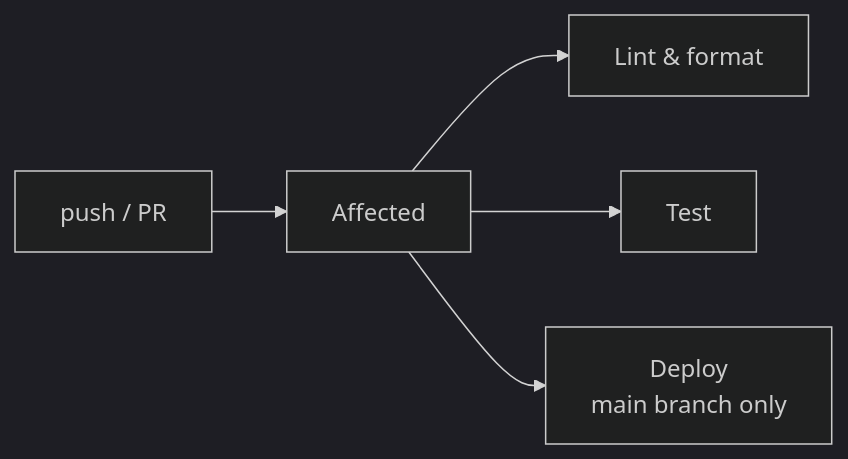
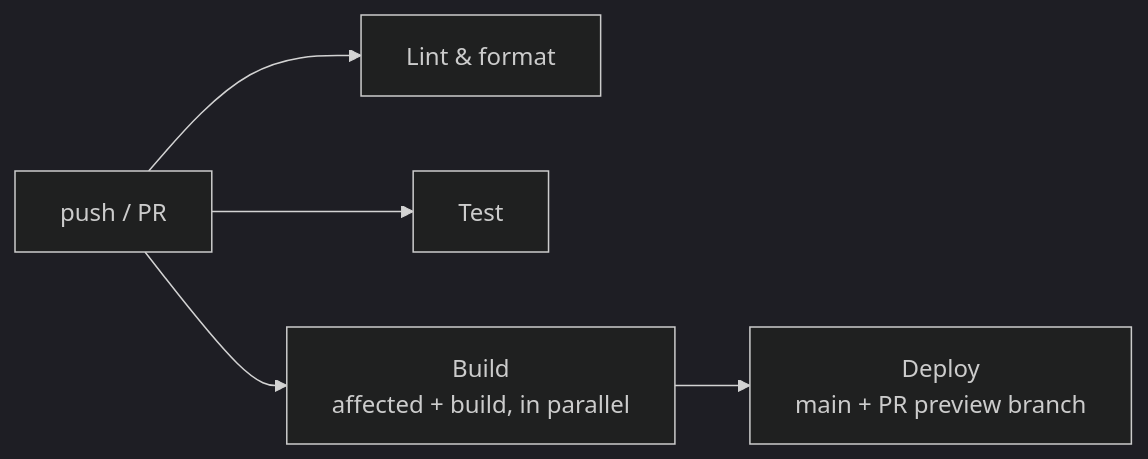
One commit to kbntx-org/nexus changed the second of 2 diagrams in docs/src/platform/ci-cd/01-overview.md. Above: the diagram before and after it, drawn with Mermaid. The commit also changed other lines of this file and 19 other files, not shown here.

````diff
--- a/docs/src/platform/ci-cd/01-overview.md
+++ b/docs/src/platform/ci-cd/01-overview.md
@@ -135,8 +137,8 @@
 ```mermaid
 %%{init: {'theme':'dark'}}%%
 graph LR
-    Push[push / PR] --> Affected
-    Affected --> Lint[Lint & format]
-    Affected --> Test
-    Affected --> Deploy[Deploy<br/>main branch only]
+    Push[push / PR] --> Lint[Lint & format]
+    Push --> Test
+    Push --> Build[Build<br/>affected + build, in parallel]
+    Build --> Deploy[Deploy<br/>main + PR preview branch]
 ```
````
